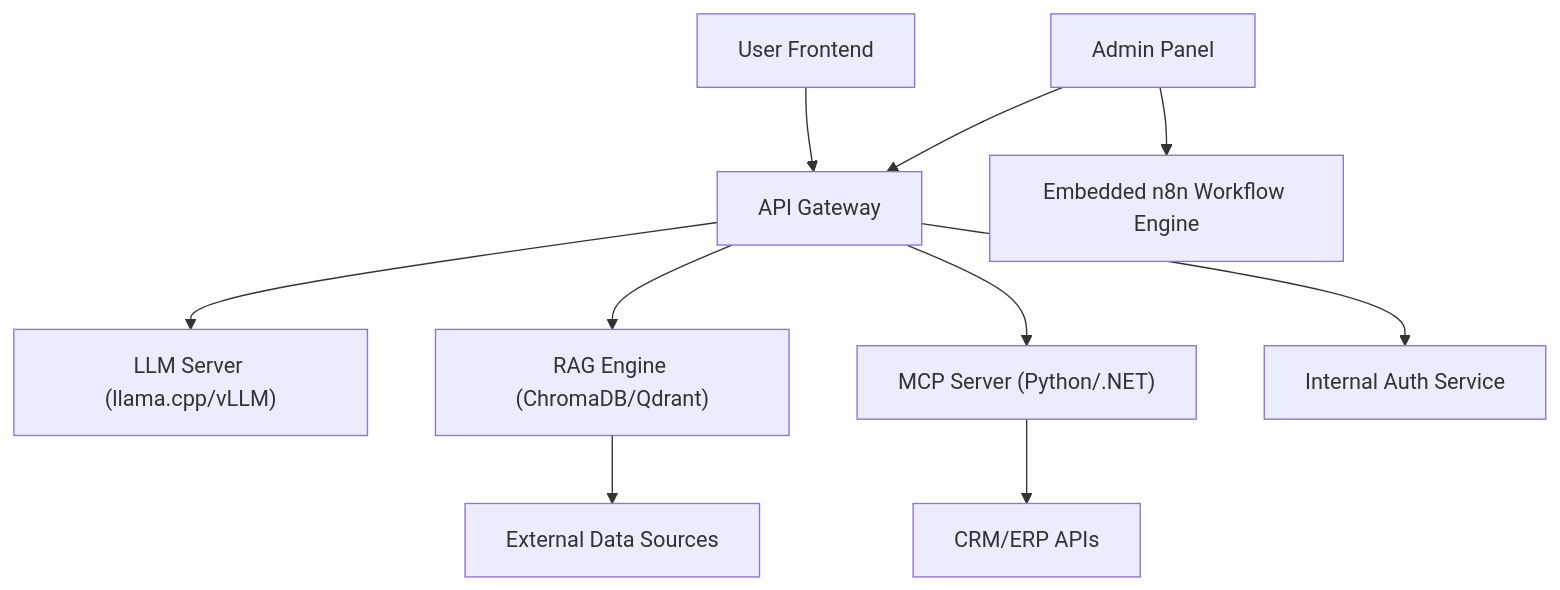
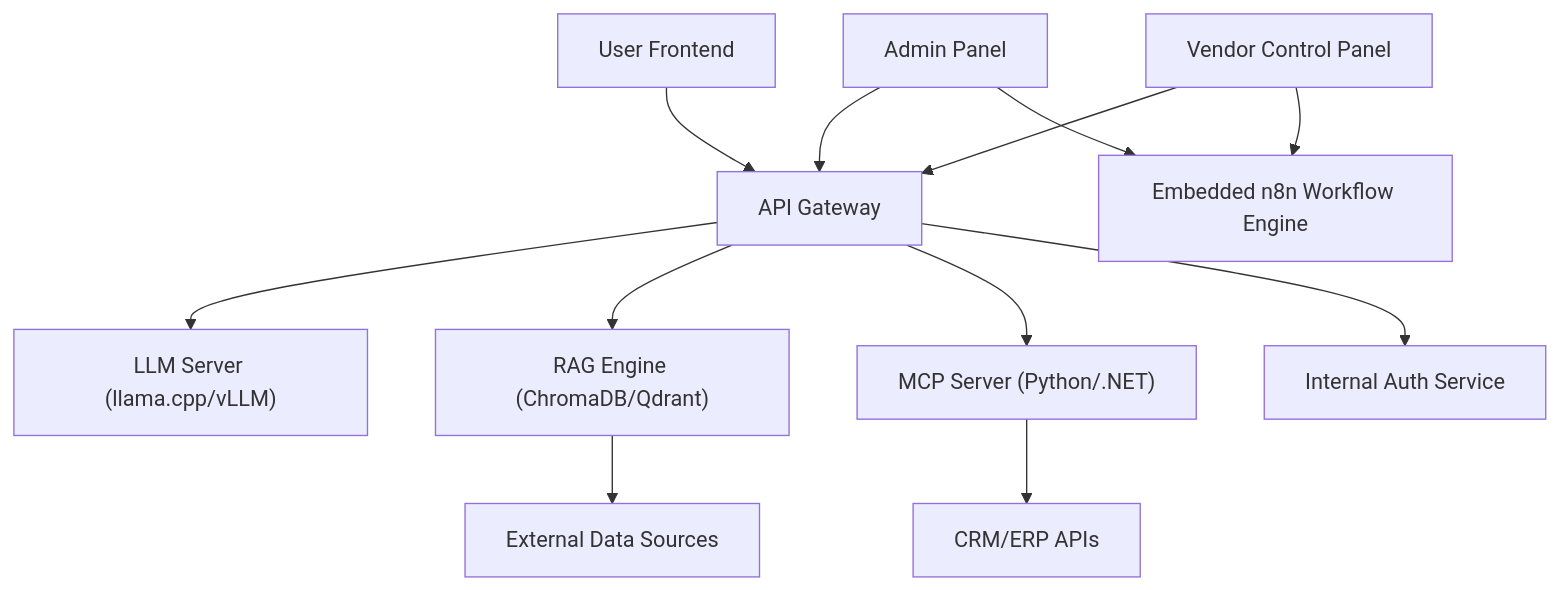
Before and after one commit to Sentra-Brain/sentra-platform: the diagram in docs/arc42/05_building_block_view.md, drawn with Mermaid. The commit also changed other lines of this file and 4 other files, not shown here.

Commit message:
docs(arc42): enhance architecture documentation with Vendor Control Panel details and update workflow scenarios

````diff
--- a/docs/arc42/05_building_block_view.md
+++ b/docs/arc42/05_building_block_view.md
@@ -11,24 +11,27 @@
 ```mermaid
 graph TD
     Frontend[User Frontend]
     AdminPanel[Admin Panel]
+    VendorPanel[Vendor Control Panel]
     API[API Gateway]
     LLM["LLM Server (llama.cpp/vLLM)"]
     RAG["RAG Engine (ChromaDB/Qdrant)"]
     MCP["MCP Server (Python/.NET)"]
     Auth[Internal Auth Service]
     n8n[Embedded n8n Workflow Engine]
     DataSources[External Data Sources]
     CRMs[CRM/ERP APIs]
 
     Frontend --> API
     AdminPanel --> API
+    VendorPanel --> API
+    VendorPanel --> n8n
     API --> LLM
     API --> RAG
     API --> MCP
     API --> Auth
     AdminPanel --> n8n
     RAG --> DataSources
     MCP --> CRMs
 
 ```
````
